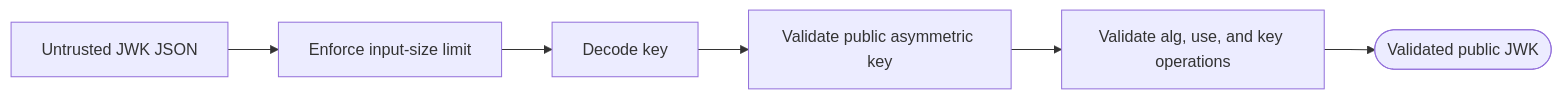
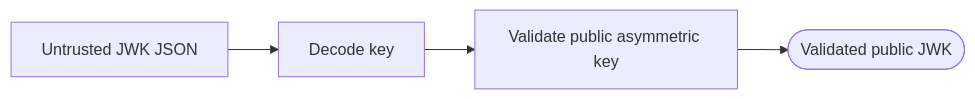
Diagram 12 of 20 in DESIGN.md (mkbeh/xjose), drawn with Mermaid before and after one commit. The commit also changed other lines of this file and 25 other files, not shown here.

````diff
--- a/DESIGN.md
+++ b/DESIGN.md
@@ -510,14 +509,10 @@
 ```mermaid
 flowchart LR
     Input[Untrusted JWK JSON]
-    Limits[Enforce input-size limit]
     Decode[Decode key]
     Material[Validate public asymmetric key]
-    Metadata[Validate alg, use, and key operations]
     Result([Validated public JWK])
-    Input --> Limits
-    Limits --> Decode
+    Input --> Decode
     Decode --> Material
-    Material --> Metadata
-    Metadata --> Result
+    Material --> Result
 ```
````
